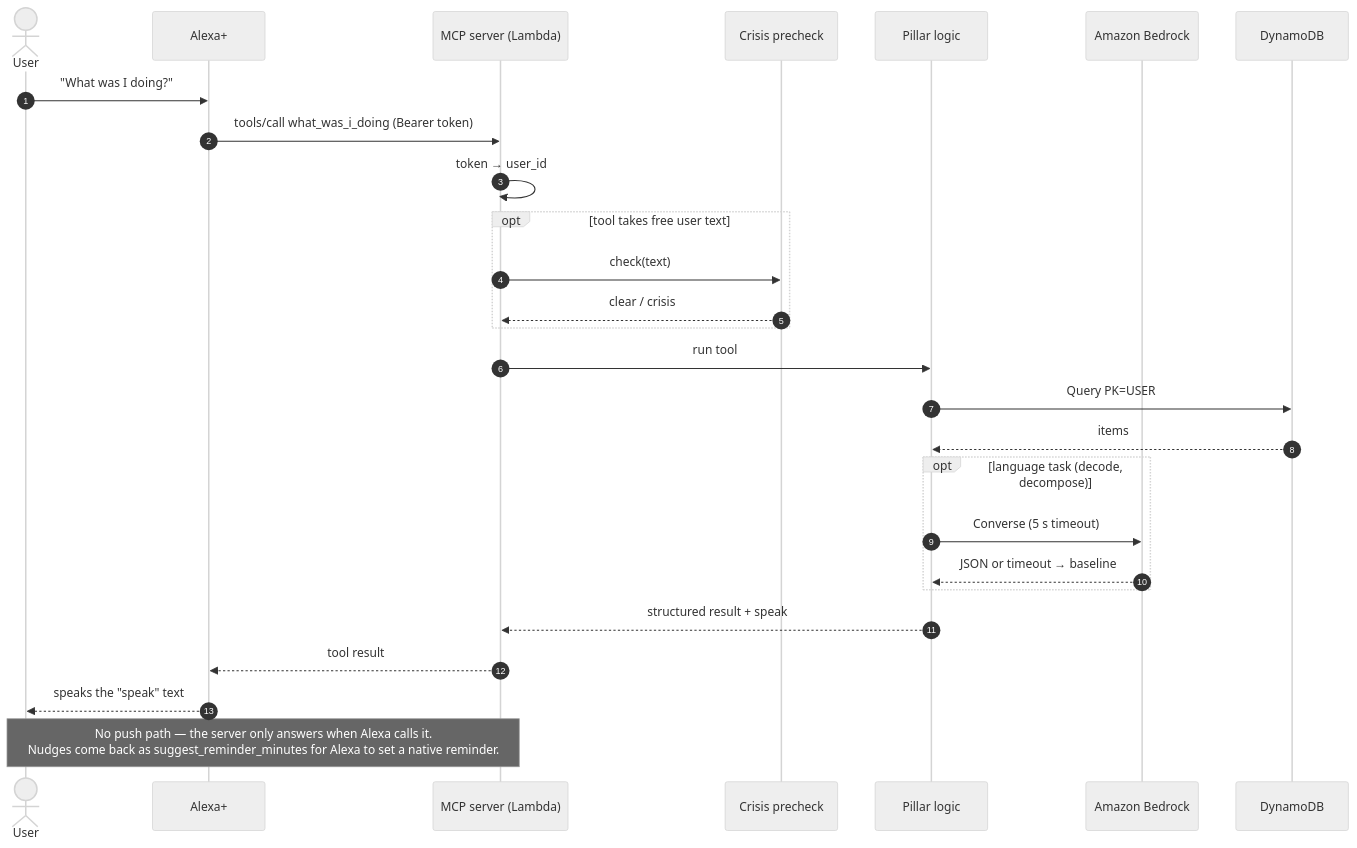
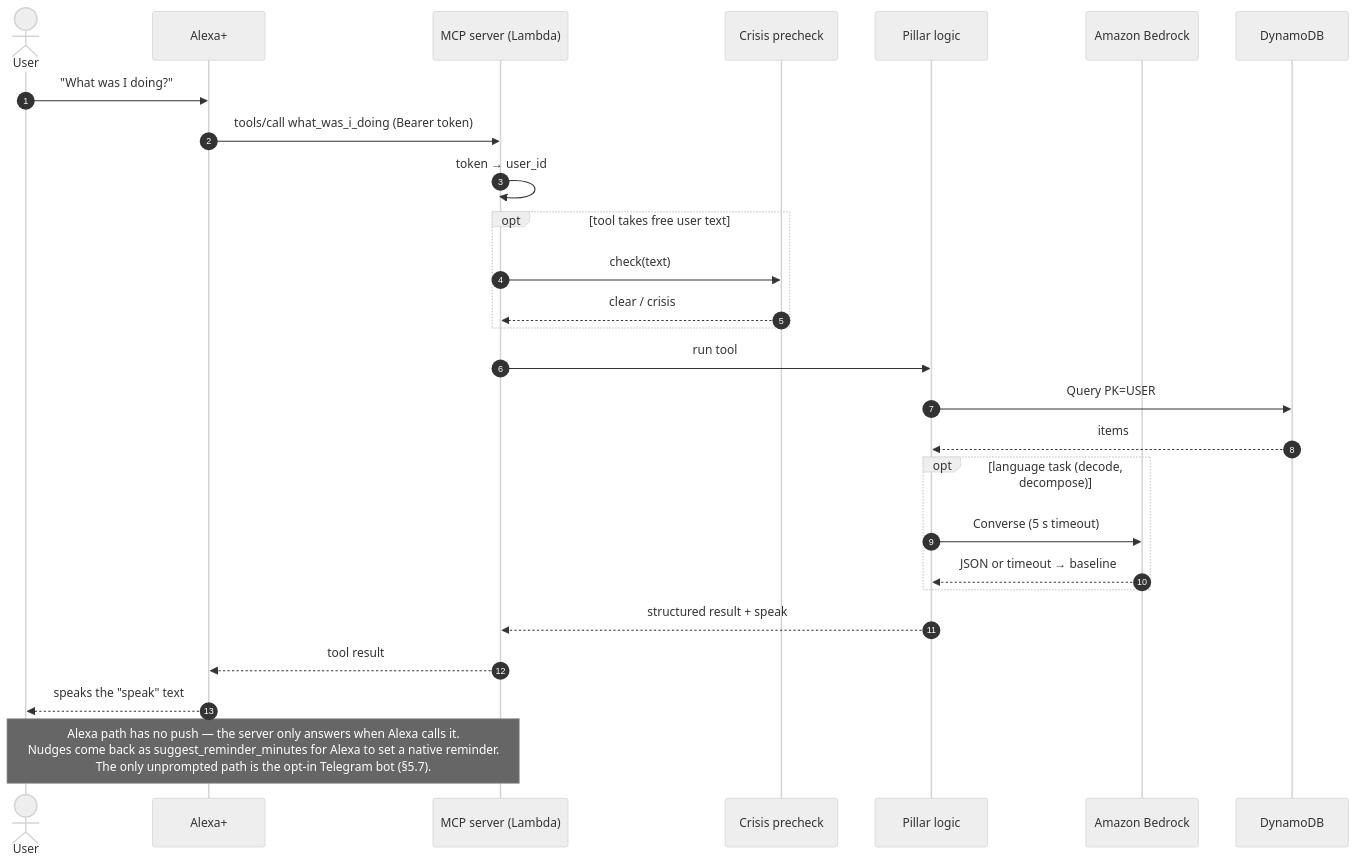
The first of 10 diagrams in docs/spec.md (navinrc/NeuroCare), drawn with Mermaid (neutral theme) before and after one commit. The commit also changed other lines of this file and 2 other files, not shown here.

First line of the commit message:
docs: add decode triage and Telegram companion, drop web pages

````diff
--- a/docs/spec.md
+++ b/docs/spec.md
@@ -55,30 +56,30 @@
 ```mermaid
 sequenceDiagram
     autonumber
     actor U as User
     participant A as Alexa+
     participant S as MCP server (Lambda)
     participant C as Crisis precheck
     participant P as Pillar logic
     participant B as Amazon Bedrock
     participant D as DynamoDB
 
     U->>A: "What was I doing?"
     A->>S: tools/call what_was_i_doing (Bearer token)
     S->>S: token → user_id
     opt tool takes free user text
         S->>C: check(text)
         C-->>S: clear / crisis
     end
     S->>P: run tool
     P->>D: Query PK=USER#id
     D-->>P: items
     opt language task (decode, decompose)
         P->>B: Converse (5 s timeout)
         B-->>P: JSON or timeout → baseline
     end
     P-->>S: structured result + speak
     S-->>A: tool result
     A-->>U: speaks the "speak" text
-    Note over S,U: No push path — the server only answers when Alexa calls it.<br/>Nudges come back as suggest_reminder_minutes for Alexa to set a native reminder.
+    Note over S,U: Alexa path has no push — the server only answers when Alexa calls it.<br/>Nudges come back as suggest_reminder_minutes for Alexa to set a native reminder.<br/>The only unprompted path is the opt-in Telegram bot (§5.7).
 ```
````
